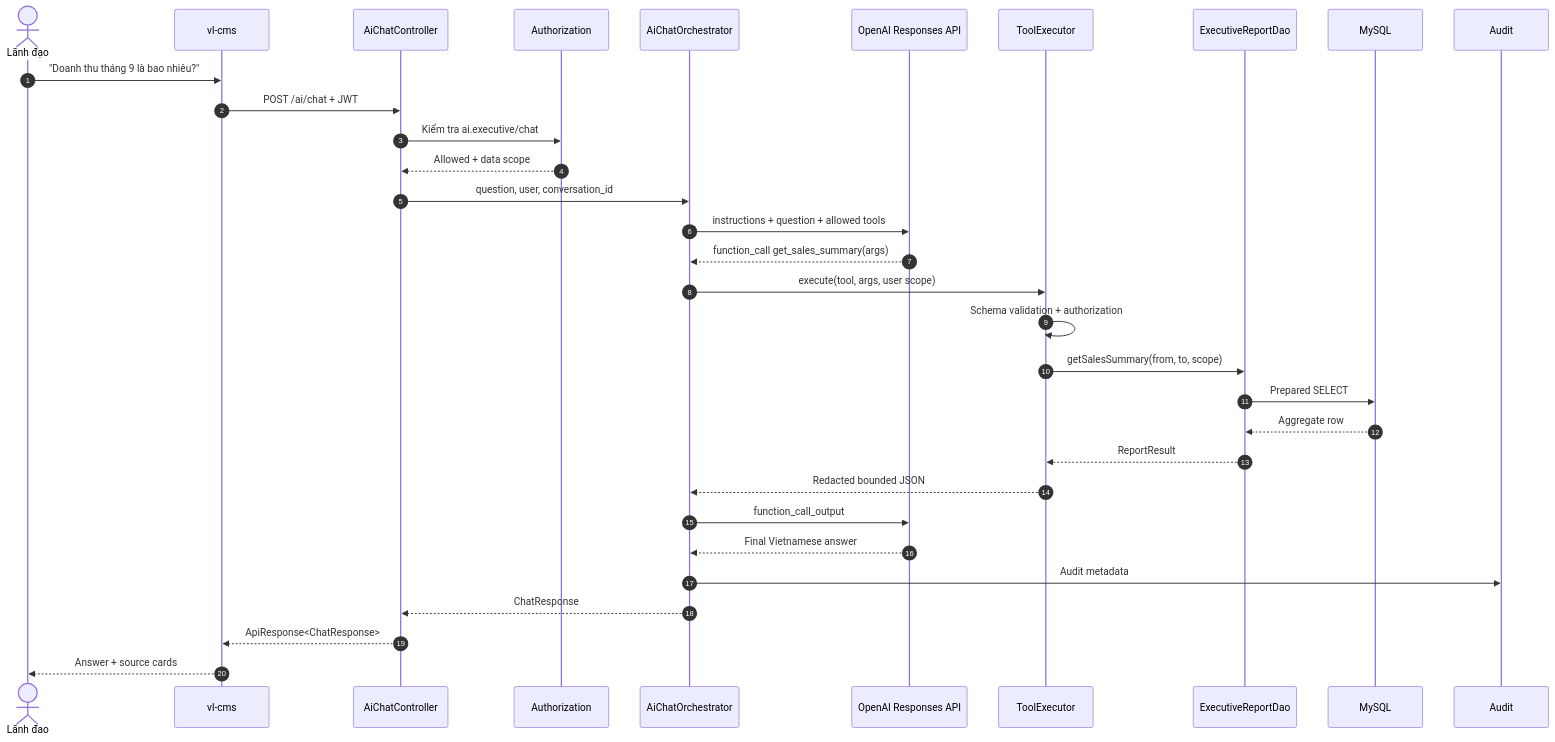
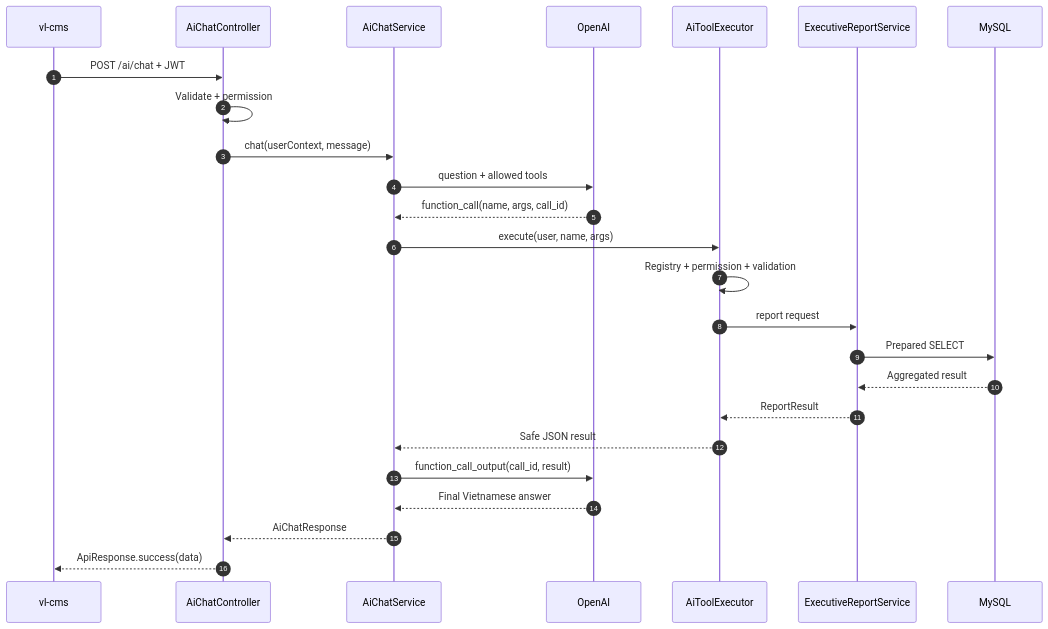
One commit to huynv-xyz/vhm changed the third of 4 diagrams in aichatbot.md. Above: the diagram before and after it, drawn with Mermaid. The commit also changed other lines of this file, not shown here.

````diff
--- a/aichatbot.md
+++ b/aichatbot.md
@@ -290,35 +174,28 @@
 ```mermaid
 sequenceDiagram
     autonumber
-    actor U as Lãnh đạo
     participant UI as vl-cms
     participant C as AiChatController
-    participant A as Authorization
-    participant O as AiChatOrchestrator
-    participant AI as OpenAI Responses API
-    participant T as ToolExecutor
-    participant D as ExecutiveReportDao
-    participant DB as MySQL
-    participant AU as Audit
+    participant S as AiChatService
+    participant O as OpenAI
+    participant T as AiToolExecutor
+    participant R as ExecutiveReportService
+    participant D as MySQL
 
-    U->>UI: "Doanh thu tháng 9 là bao nhiêu?"
     UI->>C: POST /ai/chat + JWT
-    C->>A: Kiểm tra ai.executive/chat
-    A-->>C: Allowed + data scope
-    C->>O: question, user, conversation_id
-    O->>AI: instructions + question + allowed tools
-    AI-->>O: function_call get_sales_summary(args)
-    O->>T: execute(tool, args, user scope)
-    T->>T: Schema validation + authorization
-    T->>D: getSalesSummary(from, to, scope)
-    D->>DB: Prepared SELECT
-    DB-->>D: Aggregate row
-    D-->>T: ReportResult
-    T-->>O: Redacted bounded JSON
-    O->>AI: function_call_output
-    AI-->>O: Final Vietnamese answer
-    O->>AU: Audit metadata
-    O-->>C: ChatResponse
-    C-->>UI: ApiResponse<ChatResponse>
-    UI-->>U: Answer + source cards
+    C->>C: Validate + permission
+    C->>S: chat(userContext, message)
+    S->>O: question + allowed tools
+    O-->>S: function_call(name, args, call_id)
+    S->>T: execute(user, name, args)
+    T->>T: Registry + permission + validation
+    T->>R: report request
+    R->>D: Prepared SELECT
+    D-->>R: Aggregated result
+    R-->>T: ReportResult
+    T-->>S: Safe JSON result
+    S->>O: function_call_output(call_id, result)
+    O-->>S: Final Vietnamese answer
+    S-->>C: AiChatResponse
+    C-->>UI: ApiResponse.success(data)
 ```
````
